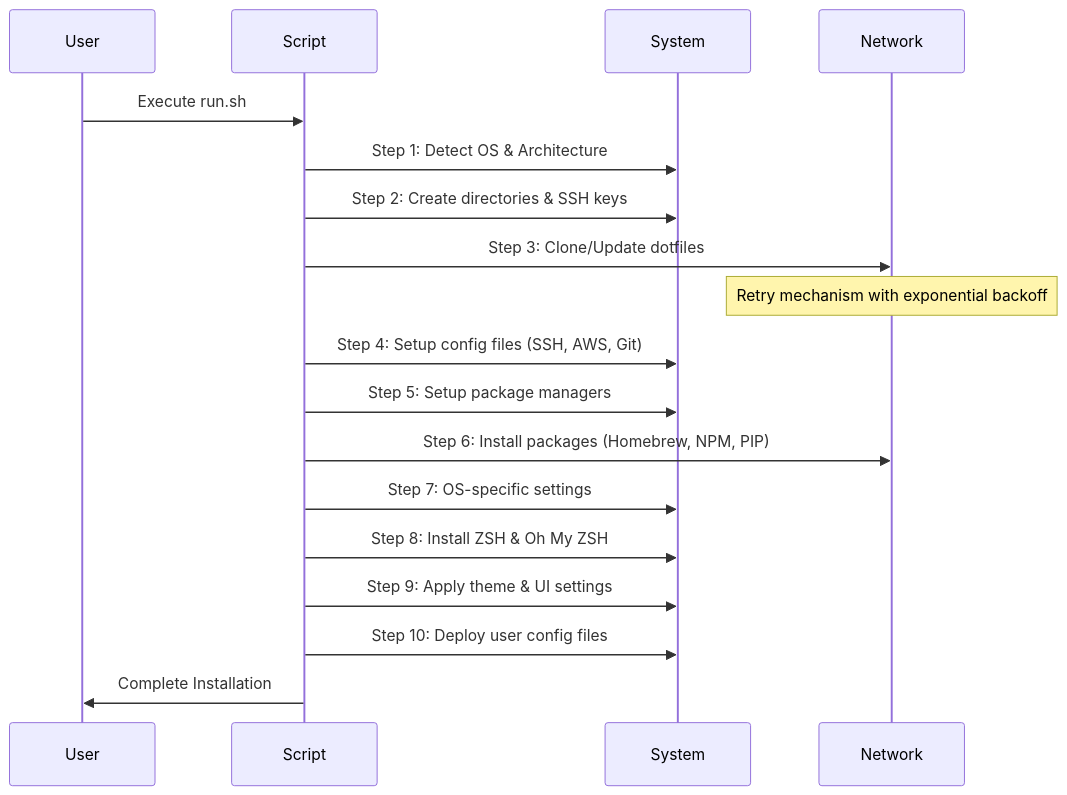
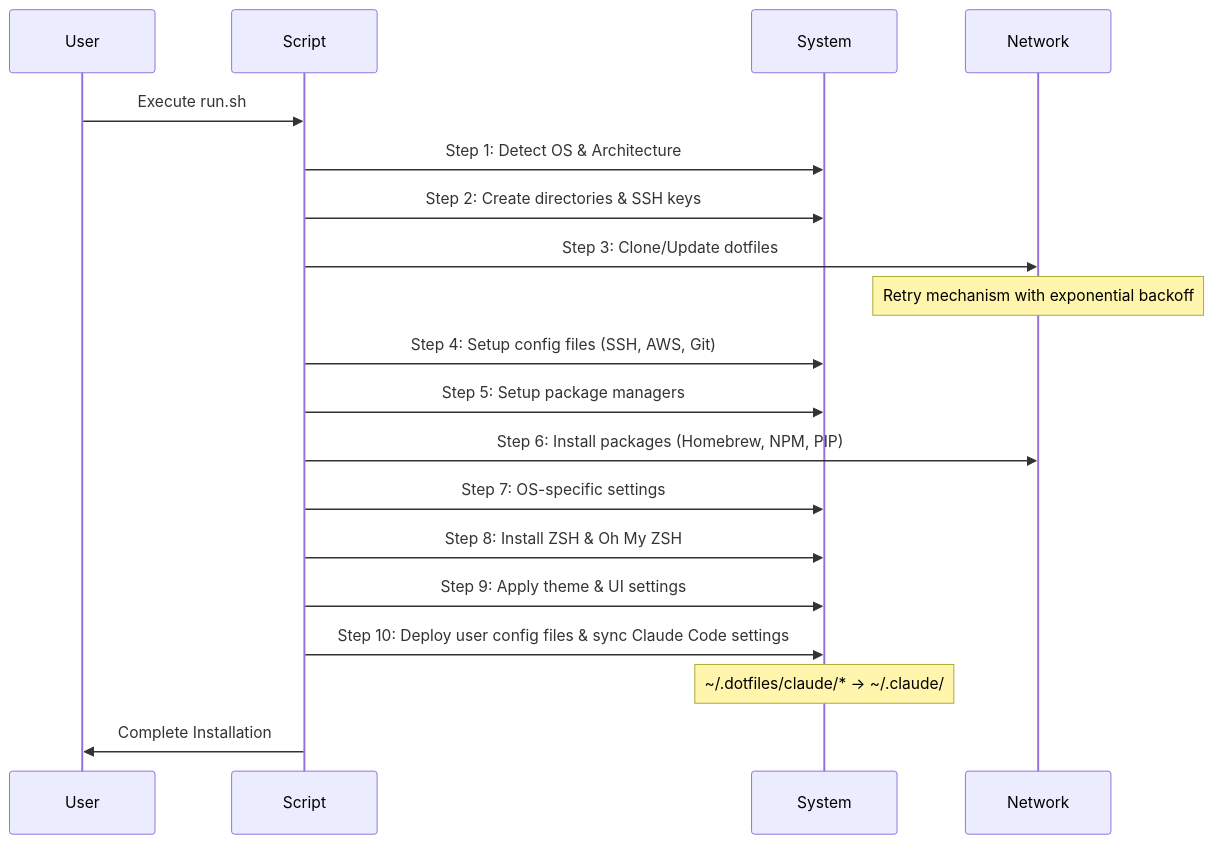
The second of 2 diagrams in docs/ARCHITECTURE.md (nalbam/dotfiles), drawn with Mermaid before and after one commit. The commit also changed other lines of this file and 2 other files, not shown here.

Commit message:
Enhance CLAUDE.md, README.md, and ARCHITECTURE.md to clarify Claude Code environment sync process, ensuring consistent settings across development machines.

````diff
--- a/docs/ARCHITECTURE.md
+++ b/docs/ARCHITECTURE.md
@@ -83,21 +94,22 @@
 ```mermaid
 sequenceDiagram
     participant User
     participant Script
     participant System
     participant Network
 
     User->>Script: Execute run.sh
     Script->>System: Step 1: Detect OS & Architecture
     Script->>System: Step 2: Create directories & SSH keys
     Script->>Network: Step 3: Clone/Update dotfiles
     Note over Network: Retry mechanism with exponential backoff
     Script->>System: Step 4: Setup config files (SSH, AWS, Git)
     Script->>System: Step 5: Setup package managers
     Script->>Network: Step 6: Install packages (Homebrew, NPM, PIP)
     Script->>System: Step 7: OS-specific settings
     Script->>System: Step 8: Install ZSH & Oh My ZSH
     Script->>System: Step 9: Apply theme & UI settings
-    Script->>System: Step 10: Deploy user config files
+    Script->>System: Step 10: Deploy user config files & sync Claude Code settings
+    Note over System: ~/.dotfiles/claude/* → ~/.claude/
     Script->>User: Complete Installation
 ```
````
